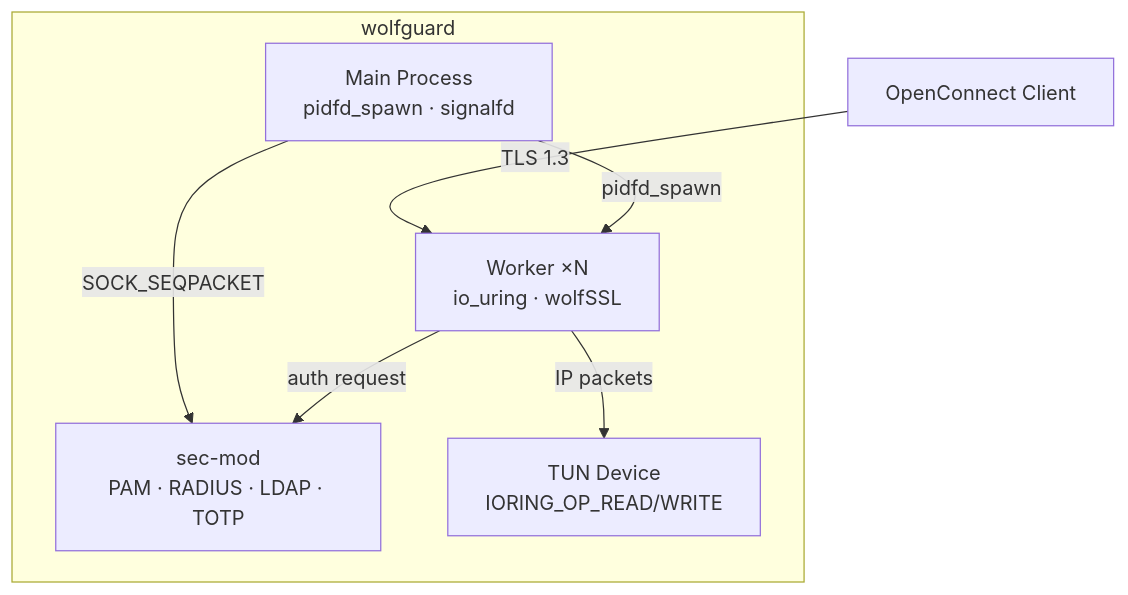
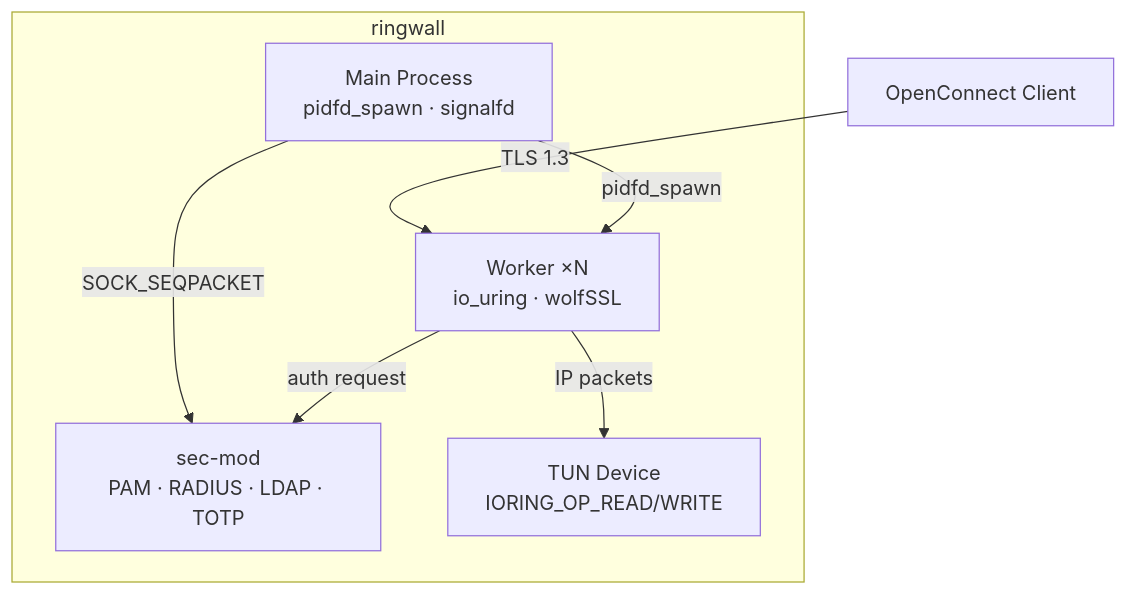
The diagram in README.md (dantte-lp/ioguard), drawn with Mermaid before and after one commit. The commit also changed other lines of this file and 146 other files, not shown here.

First line of the commit message:
rebrand: wolfguard -> ringwall

````diff
--- a/README.md
+++ b/README.md
@@ -32,14 +32,14 @@
 ```mermaid
 graph TB
-    subgraph "wolfguard"
+    subgraph "ringwall"
         MAIN["Main Process<br/>pidfd_spawn · signalfd"]
         SECMOD["sec-mod<br/>PAM · RADIUS · LDAP · TOTP"]
         WORKER["Worker ×N<br/>io_uring · wolfSSL"]
         TUN["TUN Device<br/>IORING_OP_READ/WRITE"]
     end
     CLIENT["OpenConnect Client"] -->|TLS 1.3| WORKER
     MAIN -->|SOCK_SEQPACKET| SECMOD
     MAIN -->|pidfd_spawn| WORKER
     WORKER -->|IP packets| TUN
     WORKER -->|auth request| SECMOD
 ```
````
